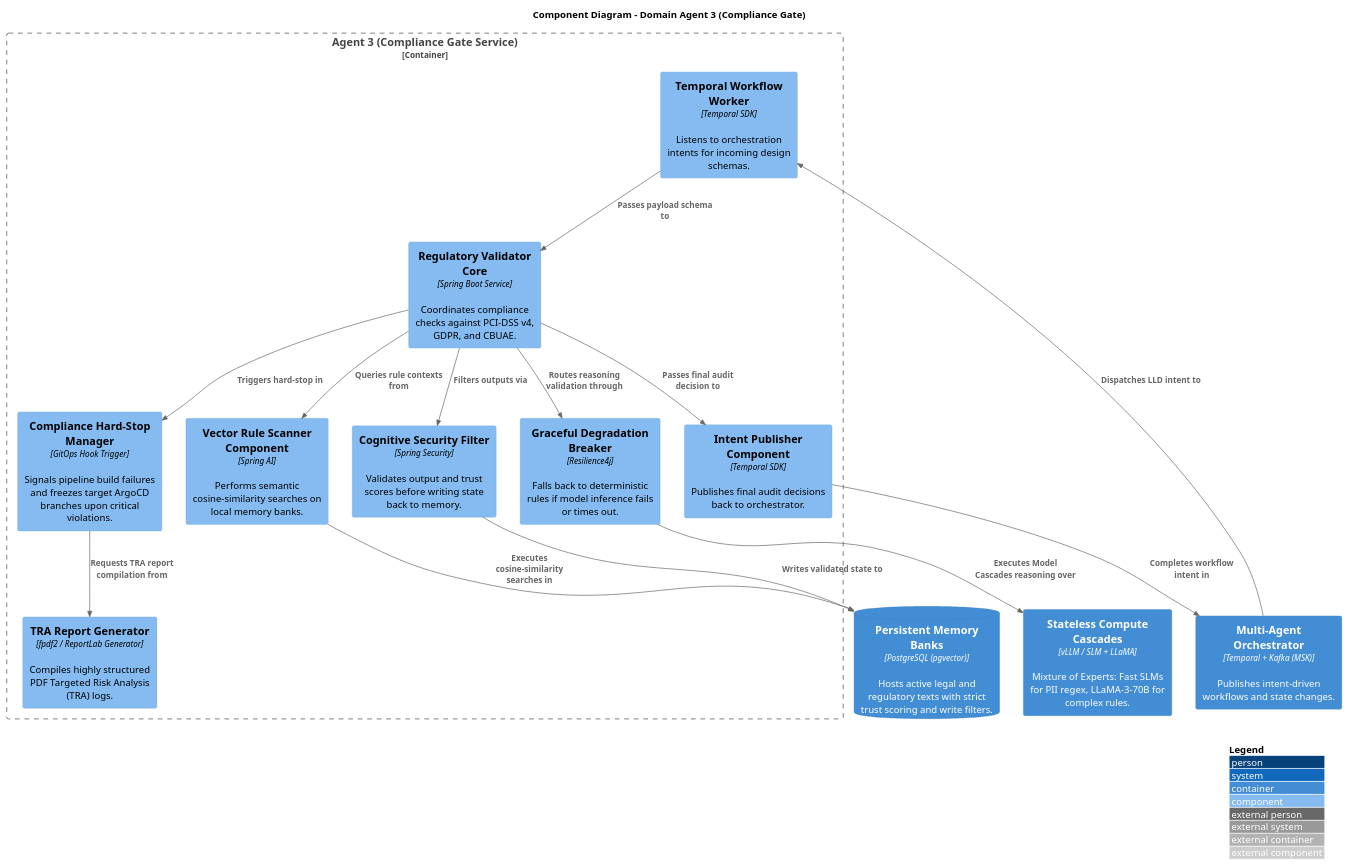
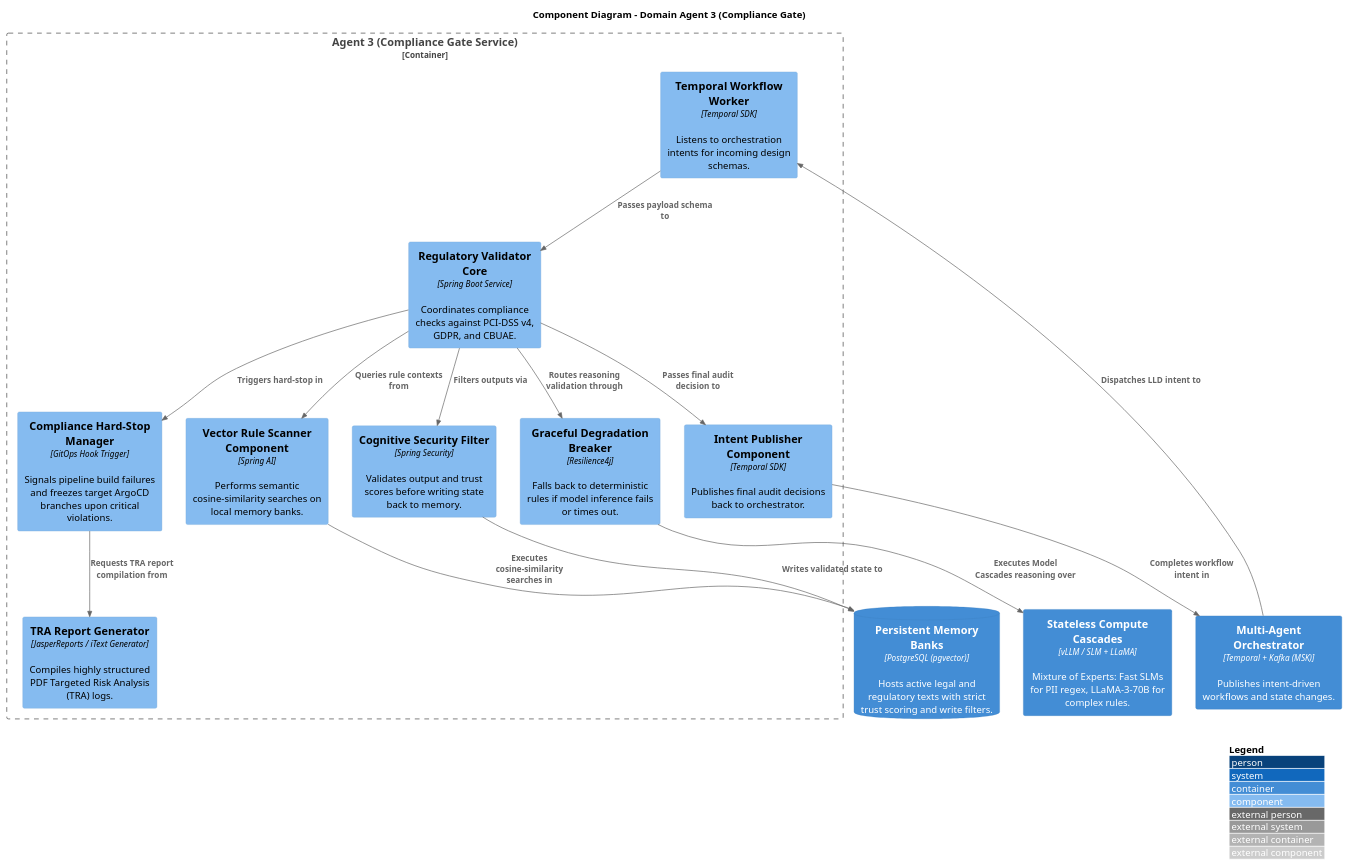
One commit to COPUR/X_Bank-Agentive-Architecture-Framework changed the diagram in redbank-core/c4_component_v2.puml. Above: the diagram before and after it, drawn with PlantUML. The commit also changed 8 other files, not shown here.

```diff
--- a/redbank-core/c4_component_v2.puml
+++ b/redbank-core/c4_component_v2.puml
@@ -1,35 +1,35 @@
 @startuml c4_component
 !include https://raw.githubusercontent.com/plantuml-stdlib/C4-PlantUML/master/C4_Component.puml
 
 LAYOUT_WITH_LEGEND()
 
 title Component Diagram - Domain Agent 3 (Compliance Gate)
 
 Container(temporal_kafka, "Multi-Agent Orchestrator", "Temporal + Kafka (MSK)", "Publishes intent-driven workflows and state changes.")
 Container(model_cascades, "Stateless Compute Cascades", "vLLM / SLM + LLaMA", "Mixture of Experts: Fast SLMs for PII regex, LLaMA-3-70B for complex rules.")
 ContainerDb(memory_banks, "Persistent Memory Banks", "PostgreSQL (pgvector)", "Hosts active legal and regulatory texts with strict trust scoring and write filters.")
 
 Container_Boundary(agent3_boundary, "Agent 3 (Compliance Gate Service)") {
     Component(workflow_worker, "Temporal Workflow Worker", "Temporal SDK", "Listens to orchestration intents for incoming design schemas.")
     Component(vector_scanner, "Vector Rule Scanner Component", "Spring AI", "Performs semantic cosine-similarity searches on local memory banks.")
     Component(validator, "Regulatory Validator Core", "Spring Boot Service", "Coordinates compliance checks against PCI-DSS v4, GDPR, and CBUAE.")
     Component(circuit_breaker, "Graceful Degradation Breaker", "Resilience4j", "Falls back to deterministic rules if model inference fails or times out.")
     Component(security_filter, "Cognitive Security Filter", "Spring Security", "Validates output and trust scores before writing state back to memory.")
     Component(hardstop_mgr, "Compliance Hard-Stop Manager", "GitOps Hook Trigger", "Signals pipeline build failures and freezes target ArgoCD branches upon critical violations.")
-    Component(tra_generator, "TRA Report Generator", "fpdf2 / ReportLab Generator", "Compiles highly structured PDF Targeted Risk Analysis (TRA) logs.")
+    Component(tra_generator, "TRA Report Generator", "JasperReports / iText Generator", "Compiles highly structured PDF Targeted Risk Analysis (TRA) logs.")
     Component(intent_publisher, "Intent Publisher Component", "Temporal SDK", "Publishes final audit decisions back to orchestrator.")
 }
 
 Rel(temporal_kafka, workflow_worker, "Dispatches LLD intent to")
 Rel(workflow_worker, validator, "Passes payload schema to")
 Rel(validator, vector_scanner, "Queries rule contexts from")
 Rel(vector_scanner, memory_banks, "Executes cosine-similarity searches in")
 Rel(validator, circuit_breaker, "Routes reasoning validation through")
 Rel(circuit_breaker, model_cascades, "Executes Model Cascades reasoning over")
 Rel(validator, security_filter, "Filters outputs via")
 Rel(security_filter, memory_banks, "Writes validated state to")
 Rel(validator, hardstop_mgr, "Triggers hard-stop in")
 Rel(hardstop_mgr, tra_generator, "Requests TRA report compilation from")
 Rel(validator, intent_publisher, "Passes final audit decision to")
 Rel(intent_publisher, temporal_kafka, "Completes workflow intent in")
 @enduml
```
